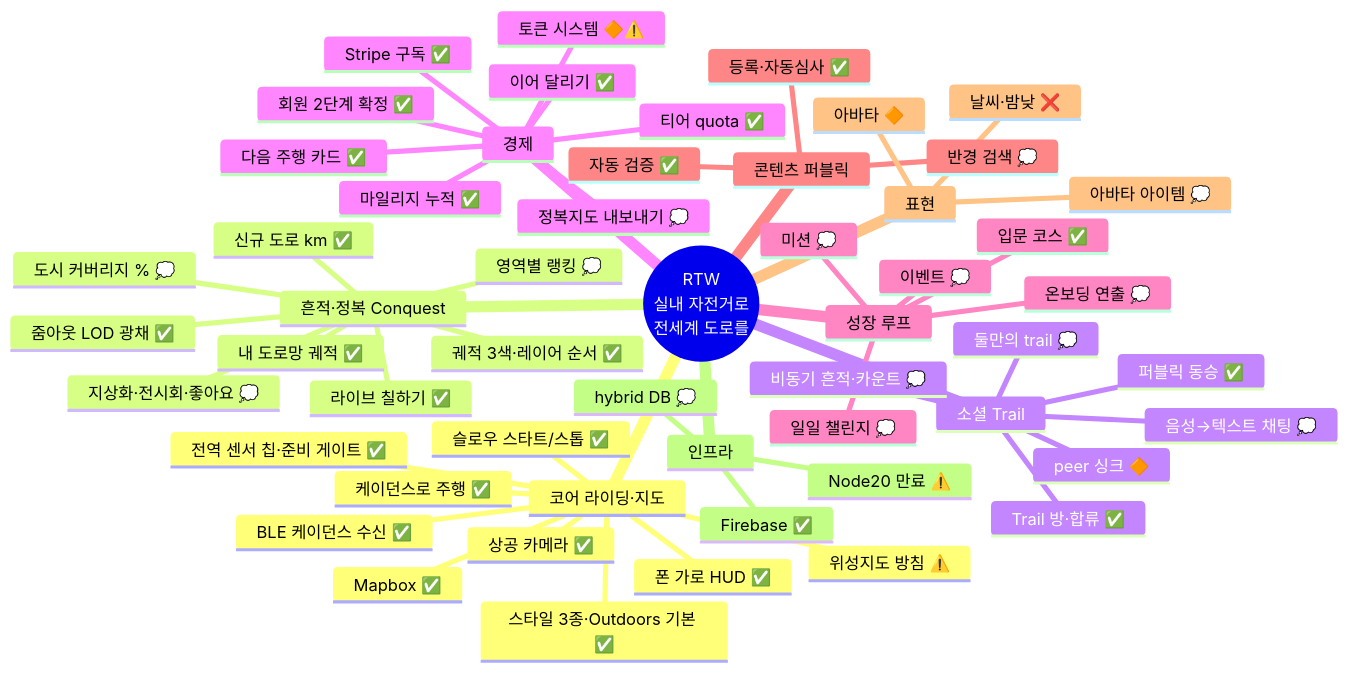
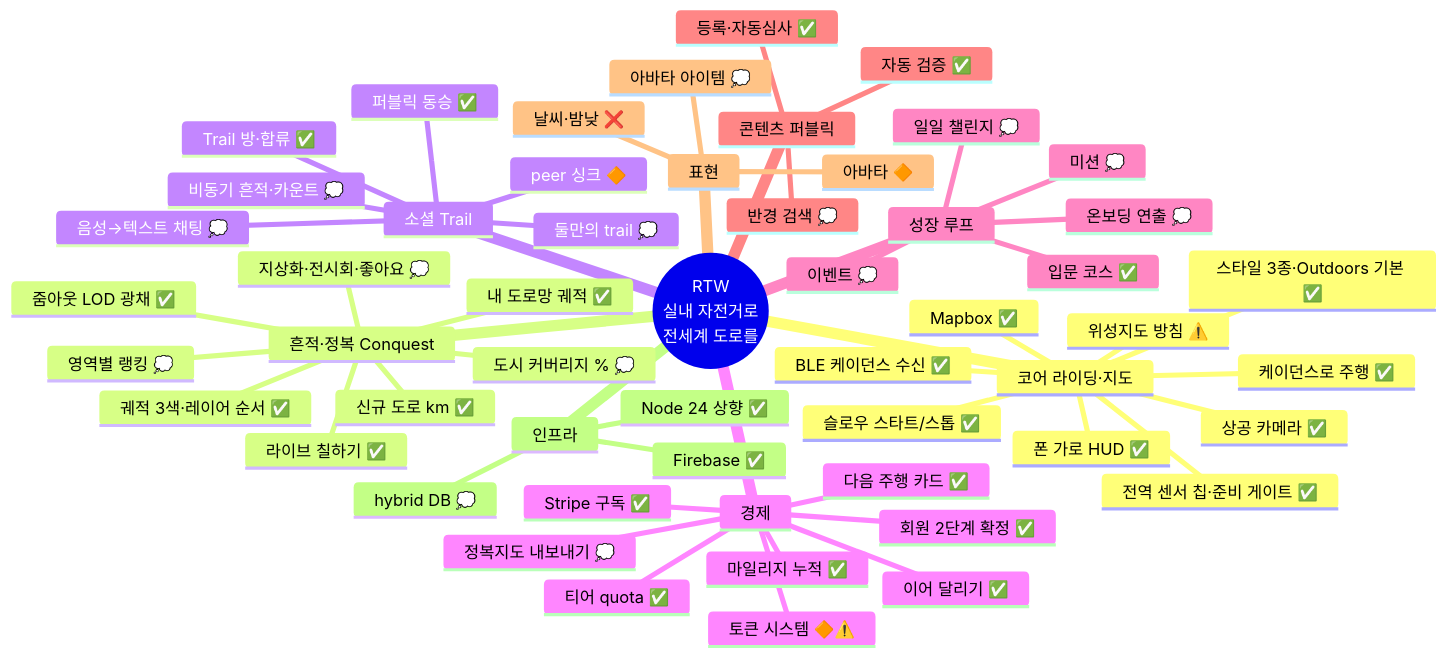
Before and after one commit to parkstery/boxcycle: the diagram in document/260707-RTW-기능-인벤토리-상태보드.md, drawn with Mermaid. The commit also changed other lines of this file, not shown here.

````diff
--- a/document/260707-RTW-기능-인벤토리-상태보드.md
+++ b/document/260707-RTW-기능-인벤토리-상태보드.md
@@ -21,57 +21,57 @@
 ```mermaid
 mindmap
   root((RTW<br/>실내 자전거로<br/>전세계 도로를))
     코어 라이딩·지도
       Mapbox ✅
       스타일 3종·Outdoors 기본 ✅
       상공 카메라 ✅
       폰 가로 HUD ✅
       위성지도 방침 ⚠️
       슬로우 스타트/스톱 ✅
       BLE 케이던스 수신 ✅
       케이던스로 주행 ✅
       전역 센서 칩·준비 게이트 ✅
     흔적·정복 Conquest
       내 도로망 궤적 ✅
       궤적 3색·레이어 순서 ✅
       줌아웃 LOD 광채 ✅
       신규 도로 km ✅
       라이브 칠하기 ✅
       도시 커버리지 % 💭
       지상화·전시회·좋아요 💭
       영역별 랭킹 💭
     소셜 Trail
       Trail 방·합류 ✅
       퍼블릭 동승 ✅
       peer 싱크 🔶
       비동기 흔적·카운트 💭
       둘만의 trail 💭
       음성→텍스트 채팅 💭
     경제
       티어 quota ✅
       이어 달리기 ✅
       다음 주행 카드 ✅
       Stripe 구독 ✅
       마일리지 누적 ✅
       토큰 시스템 🔶⚠️
       회원 2단계 확정 ✅
       정복지도 내보내기 💭
     성장 루프
       입문 코스 ✅
       온보딩 연출 💭
       미션 💭
       이벤트 💭
       일일 챌린지 💭
     콘텐츠 퍼블릭
       등록·자동심사 ✅
       자동 검증 ✅
       반경 검색 💭
     표현
       날씨·밤낮 ❌
       아바타 🔶
       아바타 아이템 💭
     인프라
       Firebase ✅
       hybrid DB 💭
-      Node20 만료 ⚠️
+      Node 24 상향 ✅
 ```
````
